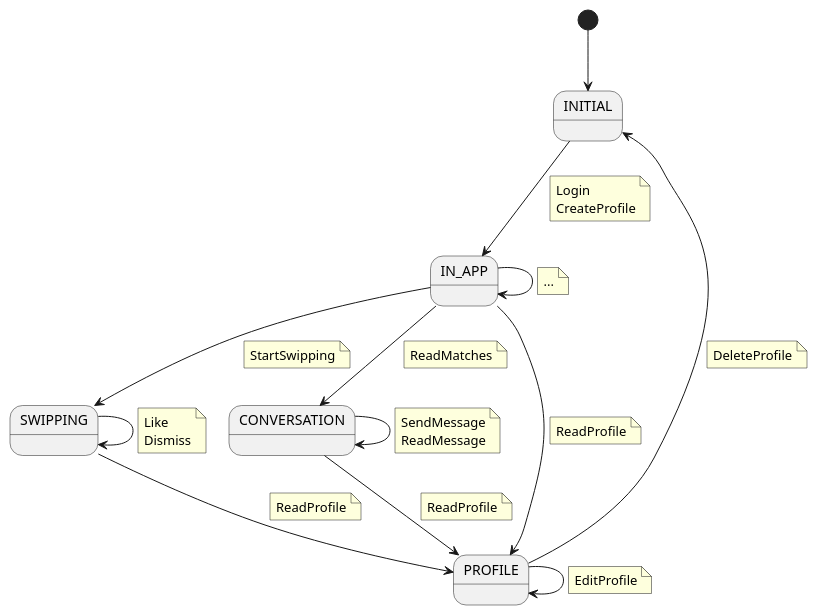
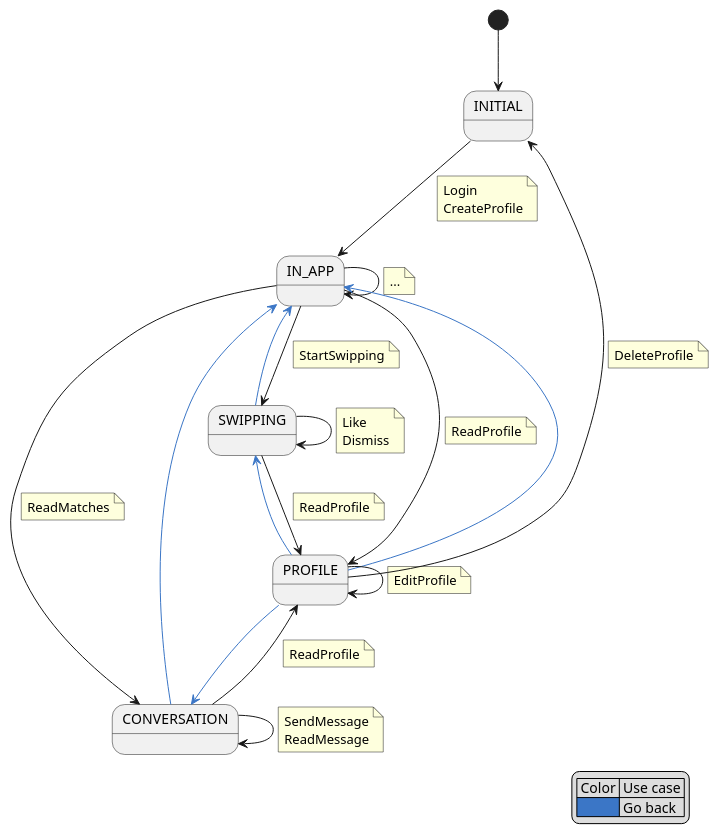
One commit to fraylopez/tinder changed the diagram in docs/src/use-cases/tinder-context.puml. Above: the diagram before and after it, drawn with PlantUML.

Commit message:
Jordi C. and Joselu improvements

```diff
--- a/docs/src/use-cases/tinder-context.puml
+++ b/docs/src/use-cases/tinder-context.puml
@@ -1,63 +1,69 @@
 @startuml
 
 state INITIAL
 state SWIPPING
 state CONVERSATION
 state PROFILE
-
-' Que estados faltan?
-' Como nos movemos entre SWIPPING - CONVERSATION - PROFILE
-' Back use case?
 
 [*] --> INITIAL
 INITIAL --> IN_APP
 note on link
 Login
 CreateProfile
 end note
 IN_APP --> SWIPPING
 note on link
 StartSwipping
 endnote
 SWIPPING --> SWIPPING
 note on link
 Like
 Dismiss
 endnote
 IN_APP --> IN_APP
 note on link
 ...
 end note
 IN_APP --> CONVERSATION
 note on link
 ReadMatches
 endnote
 CONVERSATION --> CONVERSATION
 note on link
 SendMessage
 ReadMessage
 end note
 IN_APP --> PROFILE
 note on link
 ReadProfile
 end note
 PROFILE --> PROFILE
 note on link
 EditProfile
 end note
 PROFILE --> INITIAL
 note on link
 DeleteProfile
 end note
 
 CONVERSATION --> PROFILE
 note on link
 ReadProfile
 end note
 SWIPPING --> PROFILE
 note on link
 ReadProfile
 end note
+PROFILE -[#3B76C6]-> SWIPPING
+PROFILE -[#3B76C6]-> CONVERSATION
+PROFILE -[#3B76C6]-> IN_APP
+SWIPPING -[#3B76C6]-> IN_APP
+CONVERSATION -[#3B76C6]-> IN_APP
+
+legend right
+    | Color | Use case |
+    |<#3B76C6>| Go back|
+endlegend
 
 
 @enduml
```
